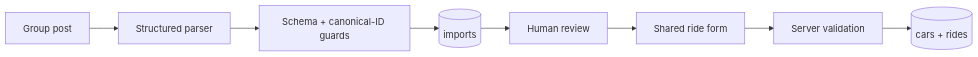
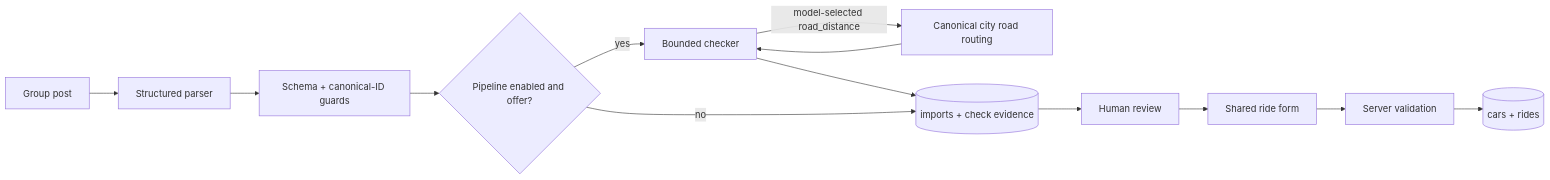
One commit to gavro081/ajde changed the second of 2 diagrams in README.md. Above: the diagram before and after it, drawn with Mermaid. The commit also changed other lines of this file and 13 other files, not shown here.

Commit message:
feat(ai-import): check pasted offers behind the server flag for #6

````diff
--- a/README.md
+++ b/README.md
@@ -65,10 +67,15 @@
 ```mermaid
 flowchart LR
   Post[Group post] --> Parse[Structured parser]
   Parse --> Validate[Schema + canonical-ID guards]
-  Validate --> Import[(imports)]
+  Validate --> Flag{Pipeline enabled and offer?}
+  Flag -->|yes| Checker[Bounded checker]
+  Checker -->|model-selected road_distance| Road[Canonical city road routing]
+  Road --> Checker
+  Checker --> Import[(imports + check evidence)]
+  Flag -->|no| Import
   Import --> Review[Human review]
   Review --> Form[Shared ride form]
   Form --> Server[Server validation]
   Server --> Ride[(cars + rides)]
 ```
````
